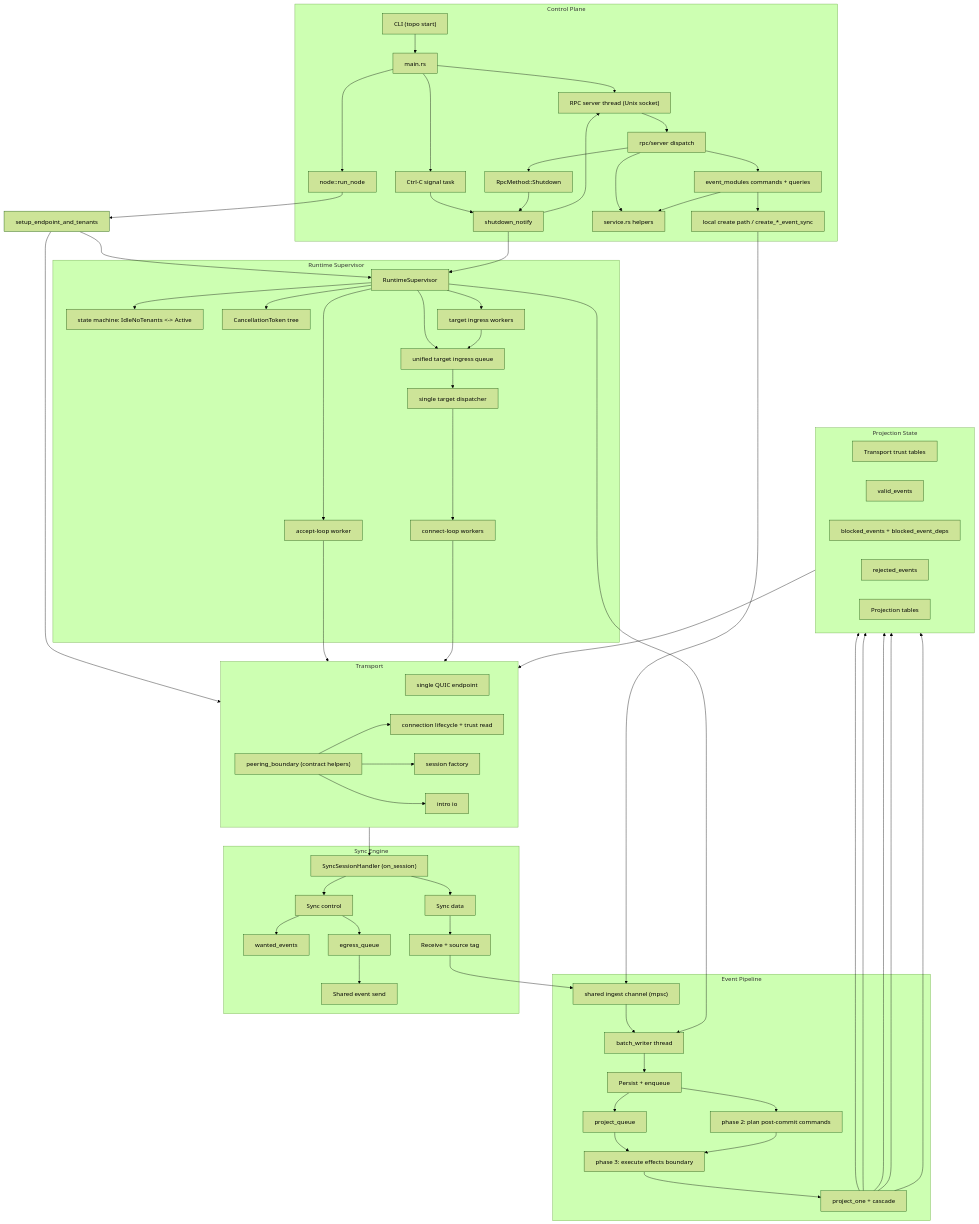
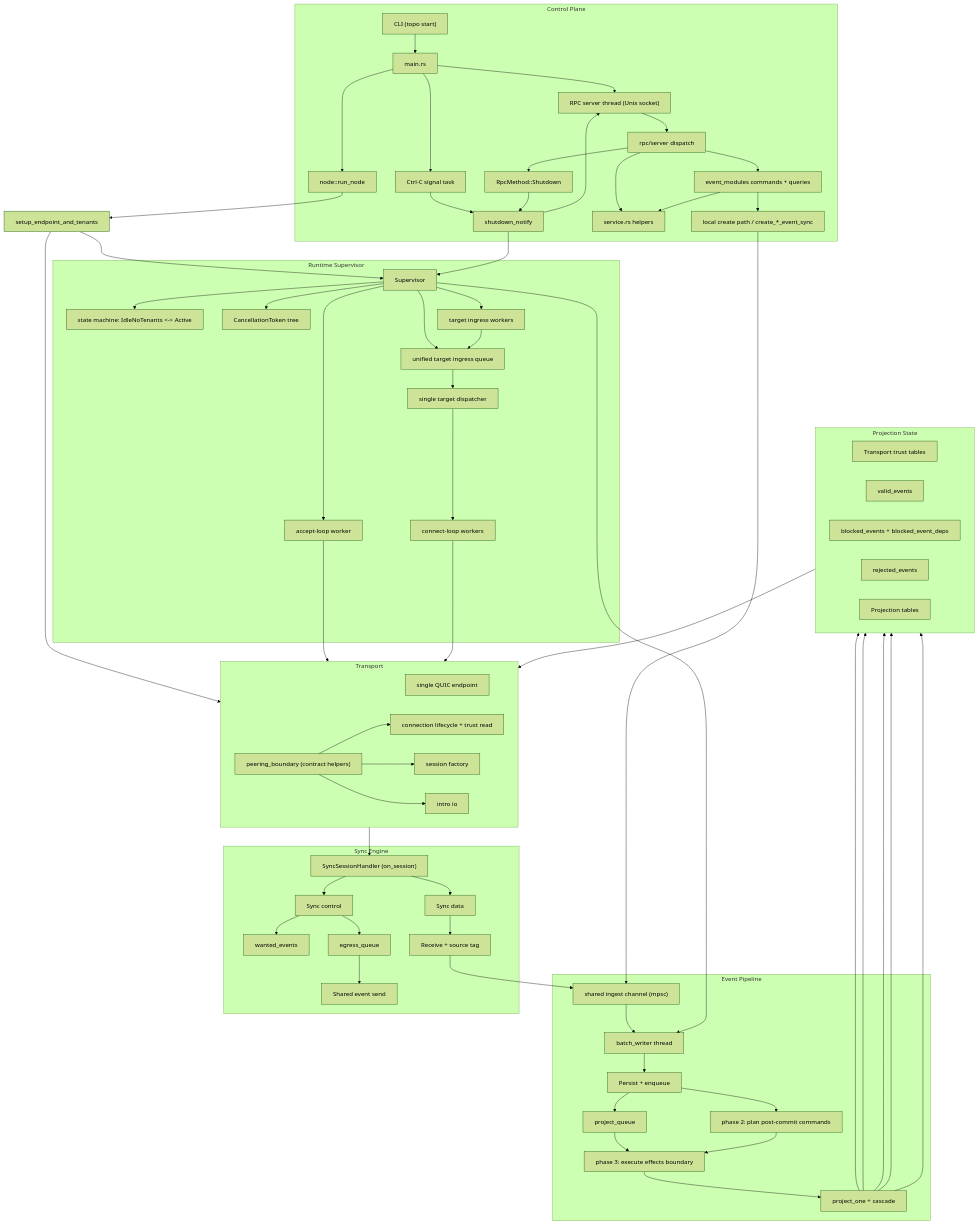
Before and after one commit to holmesworcester/topo: the fifth of 5 diagrams in docs/CURRENT_RUNTIME_DIAGRAM.md, drawn with Mermaid (forest theme). The commit also changed other lines of this file, not shown here.

Commit message:
Use Supervisor label consistently in runtime diagrams

```diff
--- a/docs/CURRENT_RUNTIME_DIAGRAM.md
+++ b/docs/CURRENT_RUNTIME_DIAGRAM.md
@@ -143,7 +141,7 @@
     START["setup_endpoint_and_tenants"]
 
     subgraph RUNTIME_SUP["Runtime Supervisor"]
-      RSUP["RuntimeSupervisor"]
+      RSUP["Supervisor"]
       RSTATE["state machine: IdleNoTenants <-> Active"]
       RCANCEL["CancellationToken tree"]
       TARGET_Q["unified target ingress queue"]
```
